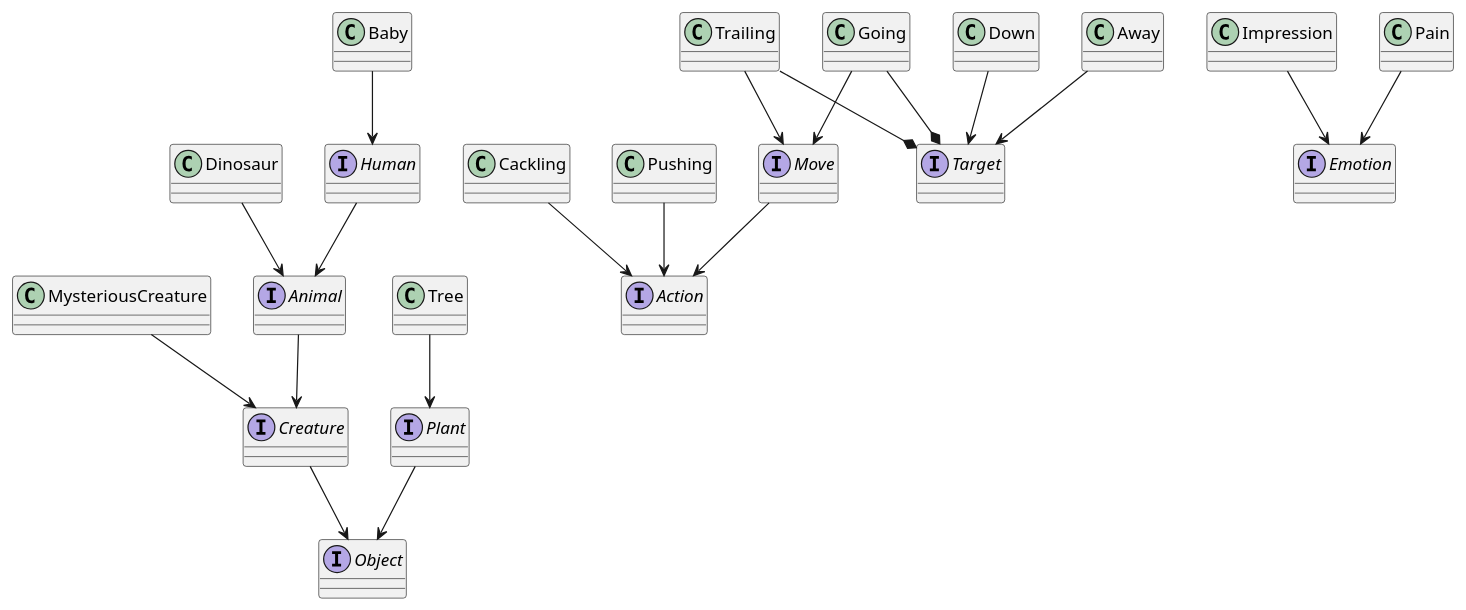
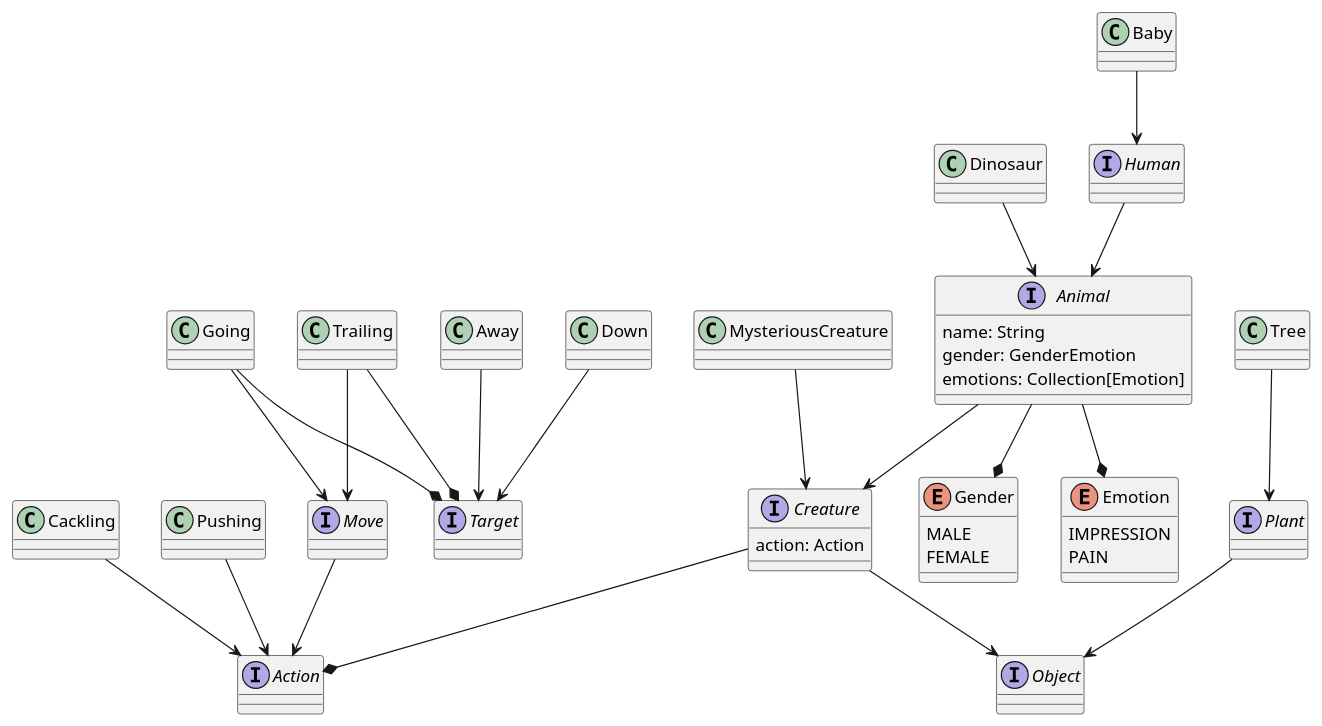
The diagram in doc/lab-1/object.puml (vityaman-edu/db-labs-basic), drawn with PlantUML before and after one commit. The commit also changed 1 other file, not shown here.

Commit message:
[lab][1][doc] edited object model, added github action to generate puml images

```diff
--- a/doc/lab-1/object.puml
+++ b/doc/lab-1/object.puml
@@ -1,66 +1,75 @@
 @startuml Lab 1 Object Model
 
 interface Object
 
 Creature --> Object
-interface Creature
+Creature --* Action
+interface Creature {
+    action: Action
+}
 
 MysteriousCreature --> Creature
 class MysteriousCreature
 
 Plant --> Object
 interface Plant
 
 Animal --> Creature
-interface Animal
+Animal --* Gender
+Animal --* Emotion
+interface Animal {
+    name: String
+    gender: GenderEmotion
+    emotions: Collection[Emotion]
+}
+
+enum Gender {
+    MALE
+    FEMALE
+}
+
+enum Emotion {
+    IMPRESSION
+    PAIN
+}
 
 Tree --> Plant
 class Tree
 
 Dinosaur --> Animal
 class Dinosaur
 
 Human --> Animal
 interface Human
 
 Baby --> Human
 class Baby
 
 interface Action
 
 Cackling --> Action
 class Cackling
 
 Pushing --> Action
 class Pushing
 
 Move --> Action
 interface Move 
 
 Trailing --> Move
 Trailing --* Target
 class Trailing
 
 Going --> Move
 Going --* Target
 class Going
 
 interface Target
 
 Down --> Target
 class Down
 
 Away --> Target
 class Away
 
-interface Emotion
-
-Impression --> Emotion
-class Impression
-
-Pain --> Emotion
-class Pain
-
-
-
 @enduml
```
